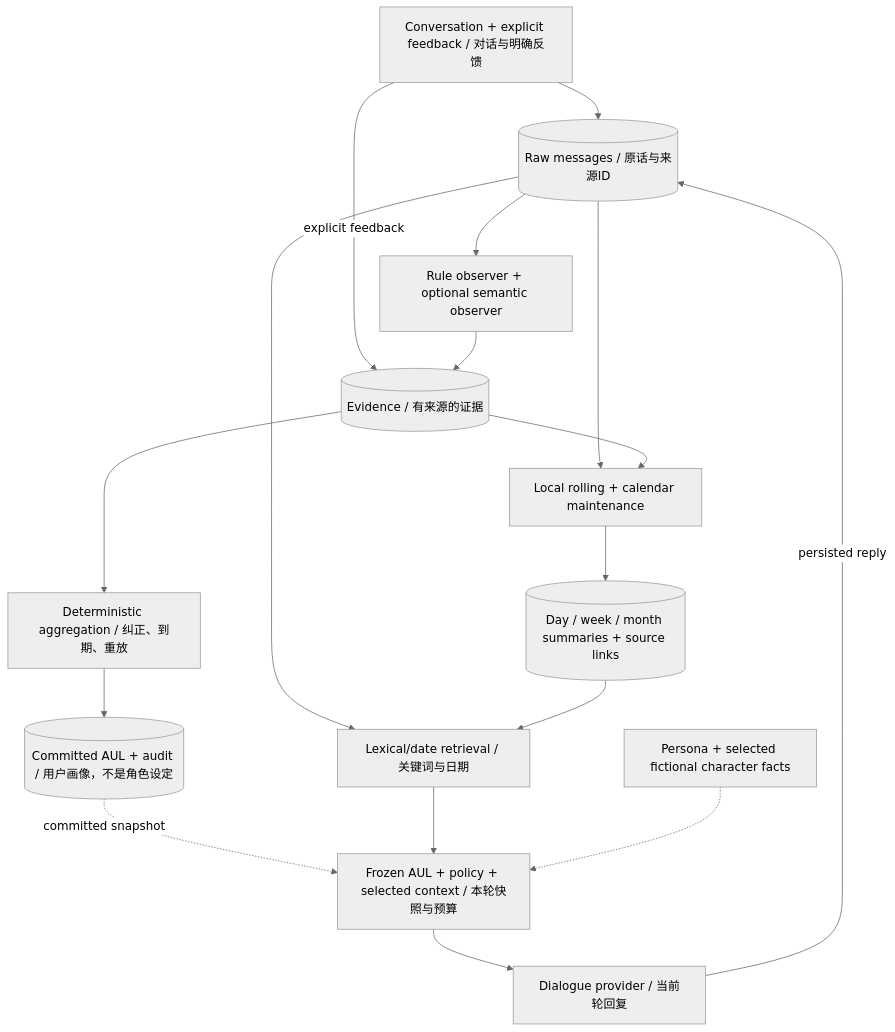
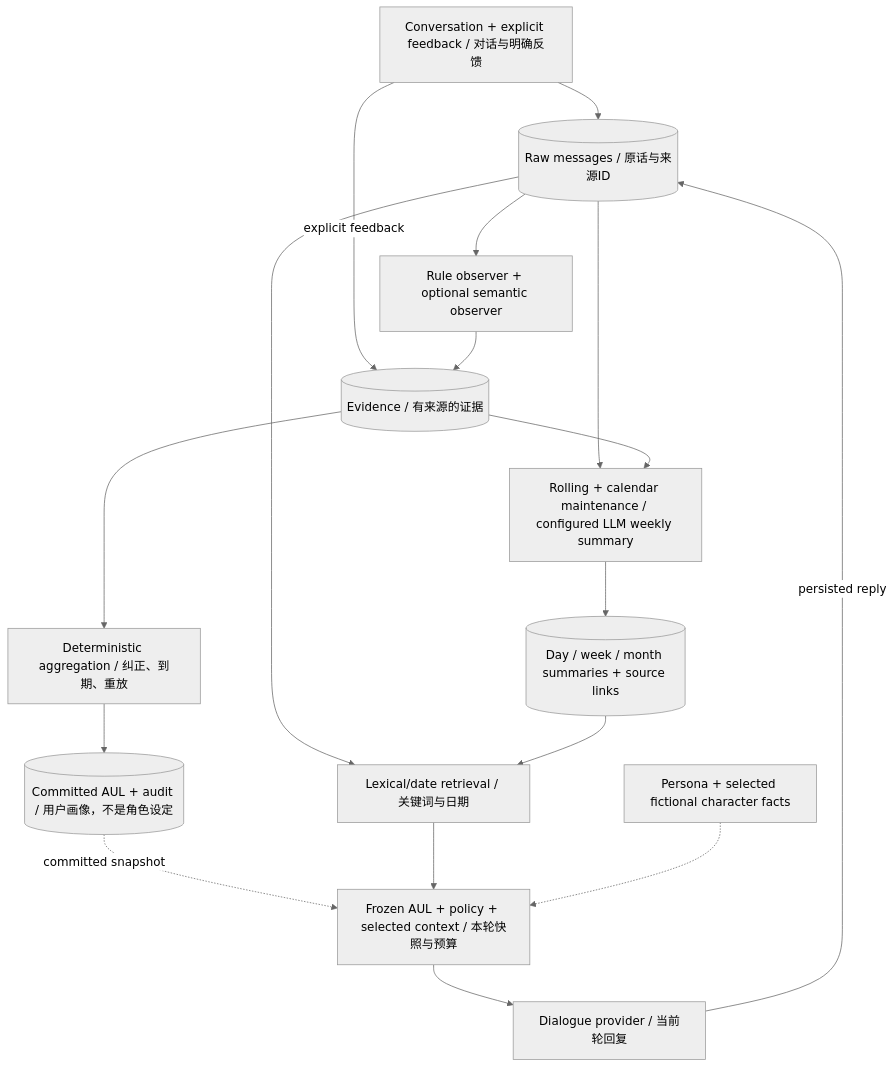
Before and after one commit to karurukaruru/OpenWoven: the second of 3 diagrams in ARCHITECTURE.md, drawn with Mermaid (neutral theme). The commit also changed other lines of this file and 21 other files, not shown here.

````diff
--- a/ARCHITECTURE.md
+++ b/ARCHITECTURE.md
@@ -56,31 +56,31 @@
 ```mermaid
 flowchart TB
     INPUT["Conversation + explicit feedback / 对话与明确反馈"]
     RAW[("Raw messages / 原话与来源ID")]
     OBS["Rule observer + optional semantic observer"]
     EV[("Evidence / 有来源的证据")]
     AGG["Deterministic aggregation / 纠正、到期、重放"]
     AUL[("Committed AUL + audit / 用户画像，不是角色设定")]
-    ARCH["Local rolling + calendar maintenance"]
+    ARCH["Rolling + calendar maintenance / configured LLM weekly summary"]
     SUM[("Day / week / month summaries + source links")]
     SEARCH["Lexical/date retrieval / 关键词与日期"]
     CONTEXT["Frozen AUL + policy + selected context / 本轮快照与预算"]
     ROLE["Persona + selected fictional character facts"]
     MODEL["Dialogue provider / 当前轮回复"]
     INPUT --> RAW
     RAW --> OBS
     INPUT -->|explicit feedback| EV
     OBS --> EV
     EV --> AGG
     AGG --> AUL
     RAW --> ARCH
     EV --> ARCH
     ARCH --> SUM
     RAW --> SEARCH
     SUM --> SEARCH
     AUL -.->|committed snapshot| CONTEXT
     SEARCH --> CONTEXT
     ROLE -.-> CONTEXT
     CONTEXT --> MODEL
     MODEL -->|persisted reply| RAW
 ```
````
